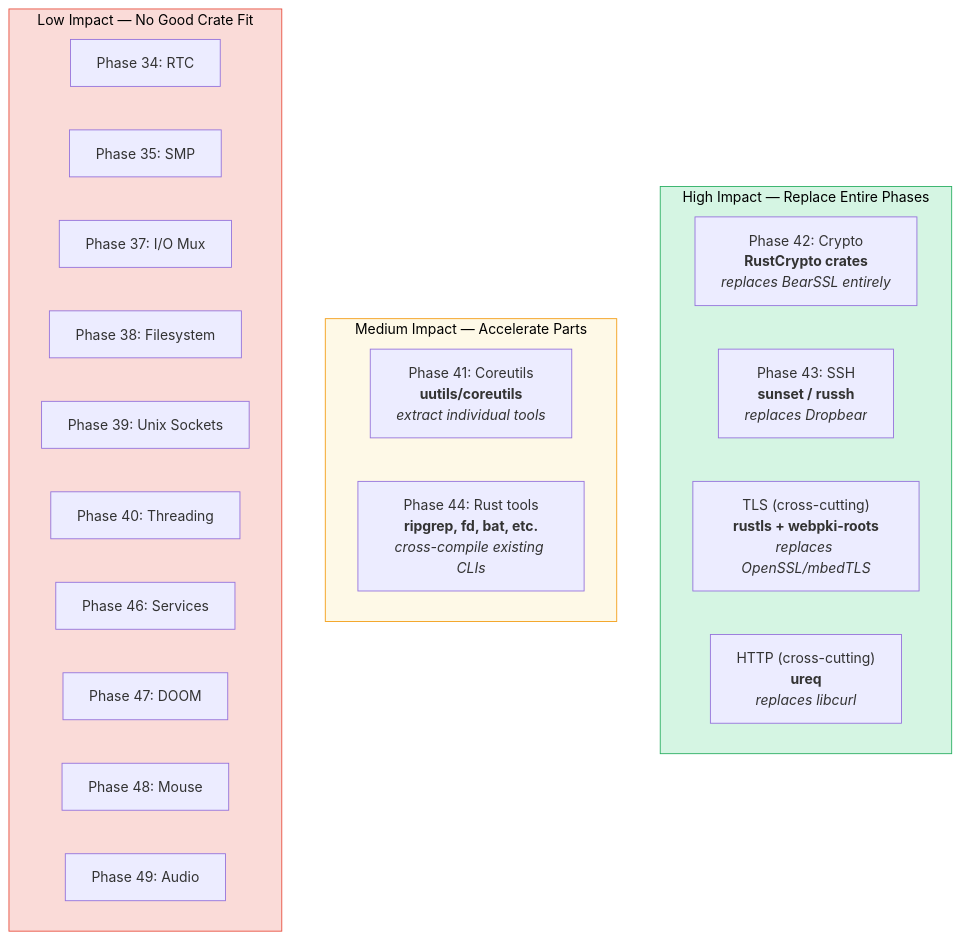
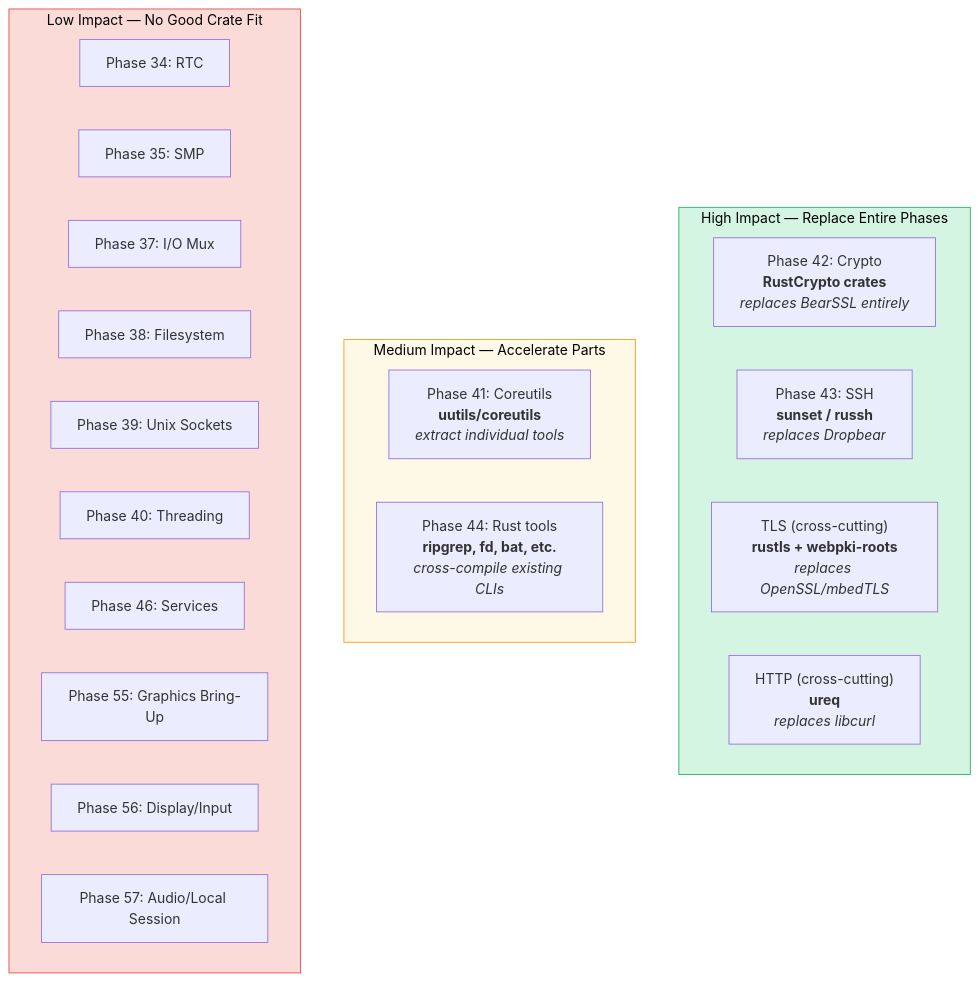
The first of 5 diagrams in docs/rust-crate-acceleration.md (mikecubed/m3OS), drawn with Mermaid before and after one commit. The commit also changed other lines of this file and 38 other files, not shown here.

First line of the commit message:
docs: rewrite post-46 official roadmap

````diff
--- a/docs/rust-crate-acceleration.md
+++ b/docs/rust-crate-acceleration.md
@@ -11,31 +11,31 @@
 ```mermaid
 flowchart TD
     subgraph HIGH ["High Impact — Replace Entire Phases"]
         CRYPTO["Phase 42: Crypto<br/><b>RustCrypto crates</b><br/><i>replaces BearSSL entirely</i>"]
         SSH["Phase 43: SSH<br/><b>sunset / russh</b><br/><i>replaces Dropbear</i>"]
         TLS["TLS (cross-cutting)<br/><b>rustls + webpki-roots</b><br/><i>replaces OpenSSL/mbedTLS</i>"]
         HTTP["HTTP (cross-cutting)<br/><b>ureq</b><br/><i>replaces libcurl</i>"]
     end
 
     subgraph MEDIUM ["Medium Impact — Accelerate Parts"]
         COREUTILS["Phase 41: Coreutils<br/><b>uutils/coreutils</b><br/><i>extract individual tools</i>"]
         UTILS["Phase 44: Rust tools<br/><b>ripgrep, fd, bat, etc.</b><br/><i>cross-compile existing CLIs</i>"]
     end
 
     subgraph LOW ["Low Impact — No Good Crate Fit"]
         RTC["Phase 34: RTC"]
         SMP["Phase 35: SMP"]
         IO["Phase 37: I/O Mux"]
         FS["Phase 38: Filesystem"]
         UNIX["Phase 39: Unix Sockets"]
         THREAD["Phase 40: Threading"]
         SVC["Phase 46: Services"]
-        DOOM["Phase 47: DOOM"]
-        MOUSE["Phase 48: Mouse"]
-        AUDIO["Phase 49: Audio"]
+        GFX["Phase 55: Graphics Bring-Up"]
+        DISP["Phase 56: Display/Input"]
+        AUDIO["Phase 57: Audio/Local Session"]
     end
 
     style HIGH fill:#d5f5e3,stroke:#27ae60,color:#000
     style MEDIUM fill:#fef9e7,stroke:#f39c12,color:#000
     style LOW fill:#fadbd8,stroke:#e74c3c,color:#000
 ```
````
